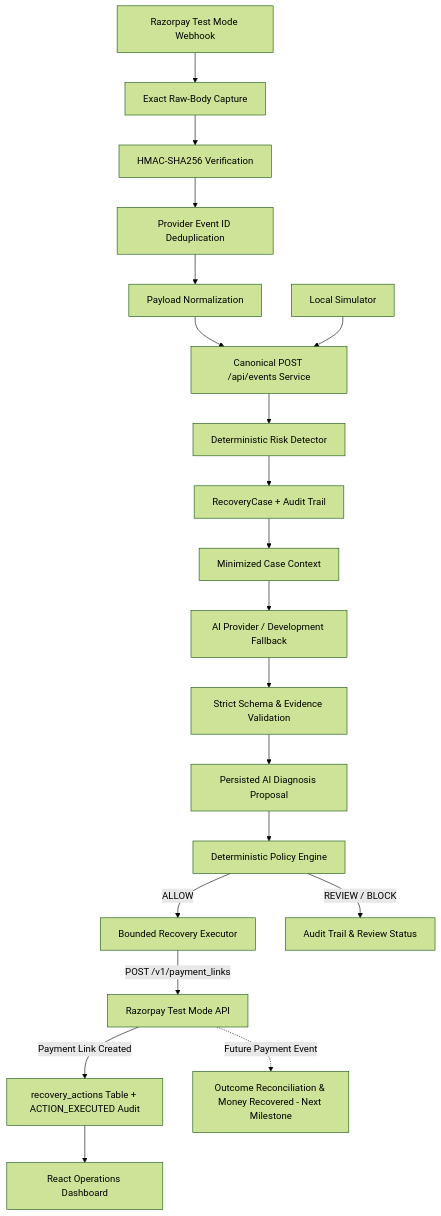
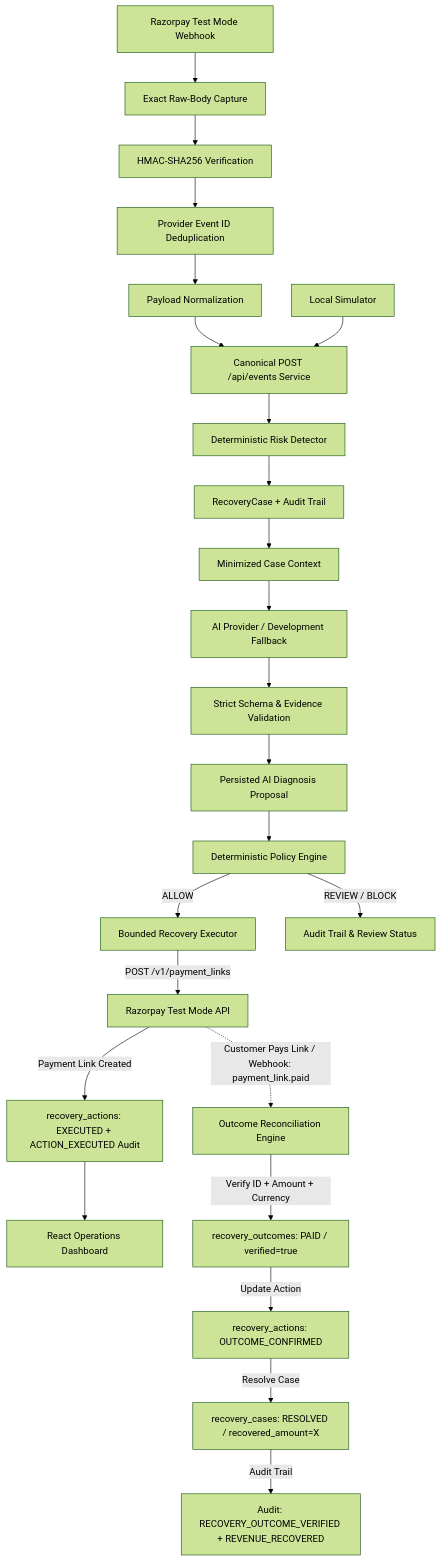
The diagram in docs/architecture.md (gititayush/recover-ai), drawn with Mermaid (forest theme) before and after one commit. The commit also changed other lines of this file and 20 other files, not shown here.

Commit message:
Add verified recovery outcome reconciliation

````diff
--- a/docs/architecture.md
+++ b/docs/architecture.md
@@ -3,22 +3,27 @@
 ```mermaid
 flowchart TD
   R[Razorpay Test Mode Webhook] --> B[Exact Raw-Body Capture]
   B --> H[HMAC-SHA256 Verification]
   H --> D[Provider Event ID Deduplication]
   D --> N[Payload Normalization]
   N --> E[Canonical POST /api/events Service]
   S[Local Simulator] --> E
   E --> RD[Deterministic Risk Detector]
   RD --> C[RecoveryCase + Audit Trail]
   C --> CT[Minimized Case Context]
   CT --> AI[AI Provider / Development Fallback]
   AI --> V[Strict Schema & Evidence Validation]
-  V --> DP[Persisted AI Diagnosis Proposal]
+  DP[Persisted AI Diagnosis Proposal]
+  V --> DP
   DP --> PE[Deterministic Policy Engine]
   PE -->|ALLOW| EX[Bounded Recovery Executor]
   PE -->|REVIEW / BLOCK| AD[Audit Trail & Review Status]
   EX -->|POST /v1/payment_links| RZP[Razorpay Test Mode API]
-  RZP -->|Payment Link Created| RA[recovery_actions Table + ACTION_EXECUTED Audit]
+  RZP -->|Payment Link Created| RA[recovery_actions: EXECUTED + ACTION_EXECUTED Audit]
   RA --> UI[React Operations Dashboard]
-  RZP -.->|Future Payment Event| REC[Outcome Reconciliation & Money Recovered - Next Milestone]
+  RZP -.->|Customer Pays Link / Webhook: payment_link.paid| OR[Outcome Reconciliation Engine]
+  OR -->|Verify ID + Amount + Currency| OC[recovery_outcomes: PAID / verified=true]
+  OC -->|Update Action| RC[recovery_actions: OUTCOME_CONFIRMED]
+  RC -->|Resolve Case| RCC[recovery_cases: RESOLVED / recovered_amount=X]
+  RCC -->|Audit Trail| AT[Audit: RECOVERY_OUTCOME_VERIFIED + REVENUE_RECOVERED]
 ```
````
